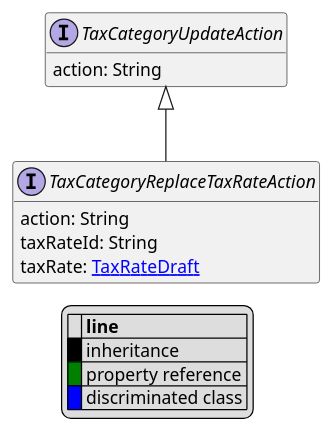
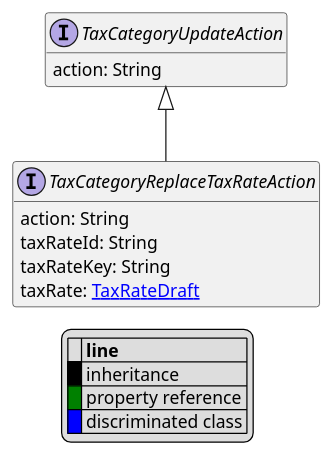
One commit to commercetools/commercetools-api-reference changed the diagram in uml/api/TaxCategoryReplaceTaxRateAction.puml. Above: the diagram before and after it, drawn with PlantUML. The commit also changed 12 other files, not shown here.

```diff
--- a/uml/api/TaxCategoryReplaceTaxRateAction.puml
+++ b/uml/api/TaxCategoryReplaceTaxRateAction.puml
@@ -1,24 +1,25 @@
 @startuml
 
 hide empty fields
 hide empty methods
 legend
 |= |= line |
 |<back:black>   </back>| inheritance |
 |<back:green>   </back>| property reference |
 |<back:blue>   </back>| discriminated class |
 endlegend
 interface TaxCategoryReplaceTaxRateAction [[TaxCategoryReplaceTaxRateAction.svg]] extends TaxCategoryUpdateAction {
     action: String
     taxRateId: String
+    taxRateKey: String
     taxRate: [[TaxRateDraft.svg TaxRateDraft]]
 }
 interface TaxCategoryUpdateAction [[TaxCategoryUpdateAction.svg]]  {
     action: String
 }
 
 
 
 
 
 @enduml
```
